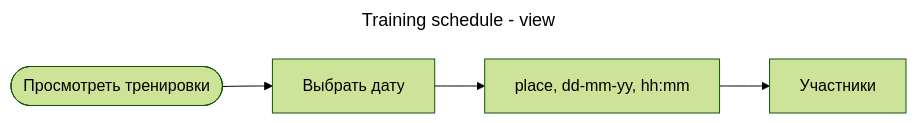
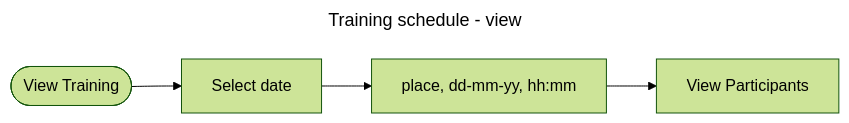
Before and after one commit to tubopo/tennis-tg-bot: the second of 2 diagrams in README.md, drawn with Mermaid (forest theme). The commit also changed other lines of this file and 2 other files, not shown here.

Commit message:
new training (#8)

````diff
--- a/README.md
+++ b/README.md
@@ -23,12 +29,11 @@
 ```mermaid
 ---
  title: Training schedule - view
 ---
 
 flowchart LR
- view([Просмотреть тренировки])
- view-->date[Выбрать дату]
- date-->calendar[place, dd-mm-yy, hh:mm]
- calendar-->participants[Участники]
-
+ view([View Training])
+ view --> date[Select date]
+ date --> calendar[place, dd-mm-yy, hh:mm]
+ calendar --> participants[View Participants]
 ```
````
